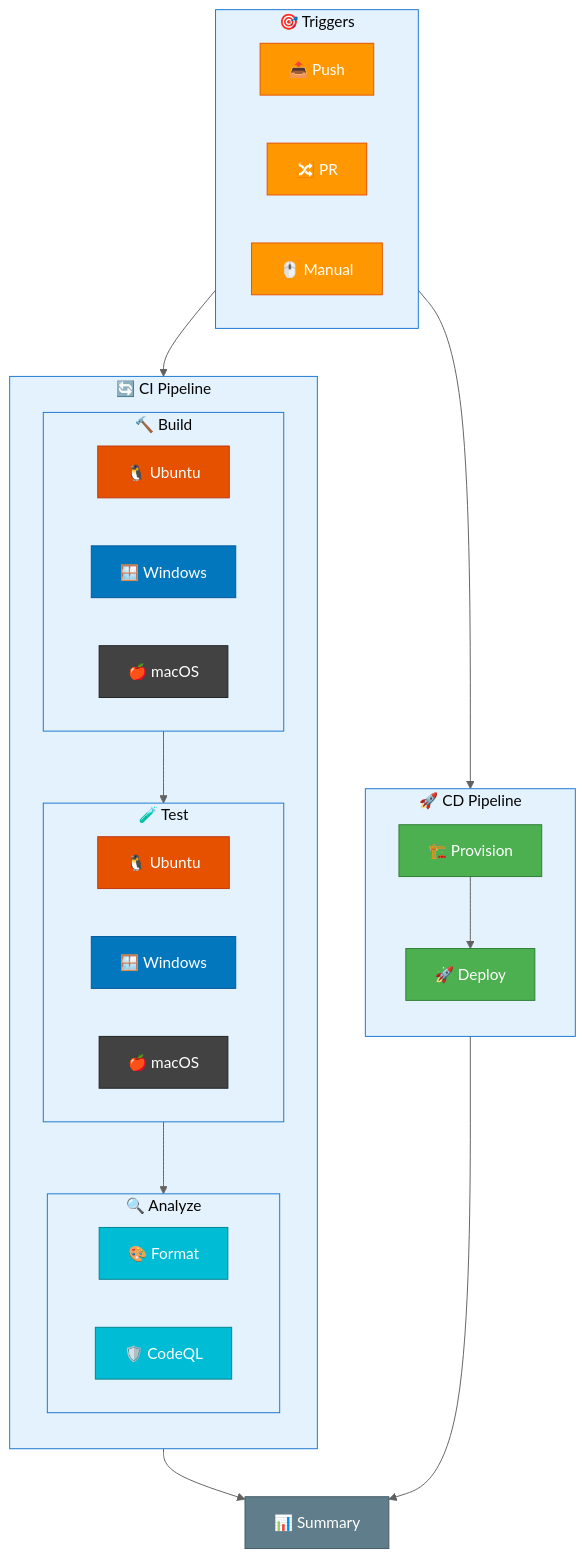
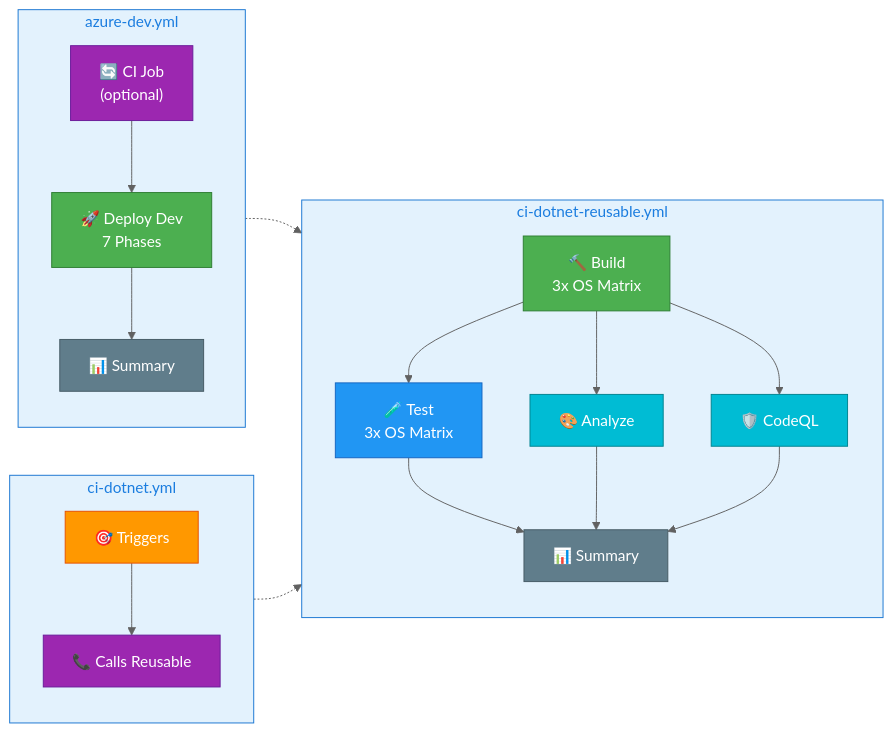
The diagram in docs/workflows/README.md (Evilazaro/Azure-LogicApps-Monitoring), drawn with Mermaid before and after one commit. The commit also changed 3 other files, not shown here.

Commit message:
docs: Update workflow diagrams for CI and CD processes to enhance clarity and detail

````diff
--- a/docs/workflows/README.md
+++ b/docs/workflows/README.md
@@ -40,59 +40,49 @@
 ```mermaid
-%%{init: {'theme': 'base', 'themeVariables': { 'primaryColor': '#1976D2', 'primaryTextColor': '#FFFFFF', 'primaryBorderColor': '#0D47A1', 'lineColor': '#616161', 'secondaryColor': '#E3F2FD', 'tertiaryColor': '#FAFAFA', 'clusterBkg': '#E3F2FD', 'clusterBorder': '#1976D2'}}}%%
-flowchart TB
-    subgraph triggers ["🎯 Triggers"]
-        direction LR
-        push["📤 Push"]
-        pr["🔀 PR"]
-        manual["🖱️ Manual"]
+%%{init: {'theme': 'base', 'themeVariables': { 'primaryColor': '#1976D2', 'primaryTextColor': '#FFFFFF', 'primaryBorderColor': '#0D47A1', 'lineColor': '#616161', 'clusterBkg': '#E3F2FD', 'clusterBorder': '#1976D2'}}}%%
+flowchart LR
+    subgraph CI ["ci-dotnet.yml"]
+        direction TB
+        ci-trigger["🎯 Triggers"]
+        ci-call["📞 Calls Reusable"]
+        ci-trigger --> ci-call
     end
 
-    subgraph ci ["🔄 CI Pipeline"]
+    subgraph REUSABLE ["ci-dotnet-reusable.yml"]
         direction TB
-        subgraph build ["🔨 Build"]
-            direction LR
-            b-ubuntu["🐧 Ubuntu"]
-            b-windows["🪟 Windows"]
-            b-macos["🍎 macOS"]
-        end
-        subgraph test ["🧪 Test"]
-            direction LR
-            t-ubuntu["🐧 Ubuntu"]
-            t-windows["🪟 Windows"]
-            t-macos["🍎 macOS"]
-        end
-        subgraph analyze ["🔍 Analyze"]
-            format["🎨 Format"]
-            codeql["🛡️ CodeQL"]
-        end
+        build["🔨 Build\n3x OS Matrix"]
+        test["🧪 Test\n3x OS Matrix"]
+        analyze["🎨 Analyze"]
+        codeql["🛡️ CodeQL"]
+        ci-summary["📊 Summary"]
+        
+        build --> test
+        build --> analyze
+        build --> codeql
+        test --> ci-summary
+        analyze --> ci-summary
+        codeql --> ci-summary
     end
 
-    subgraph cd ["🚀 CD Pipeline"]
+    subgraph CD ["azure-dev.yml"]
         direction TB
-        provision["🏗️ Provision"]
-        deploy["🚀 Deploy"]
+        cd-ci["🔄 CI Job\n(optional)"]
+        deploy["🚀 Deploy Dev\n7 Phases"]
+        cd-summary["📊 Summary"]
+        
+        cd-ci --> deploy --> cd-summary
     end
 
-    summary["📊 Summary"]
+    ci-call -.-> REUSABLE
+    cd-ci -.-> REUSABLE
 
-    triggers --> ci
-    triggers --> cd
-    build --> test --> analyze
-    ci --> summary
-    provision --> deploy --> summary
-
-    style push fill:#FF9800,stroke:#E65100,color:#fff
-    style pr fill:#FF9800,stroke:#E65100,color:#fff
-    style manual fill:#FF9800,stroke:#E65100,color:#fff
-    style b-ubuntu fill:#E65100,stroke:#BF360C,color:#fff
-    style b-windows fill:#0277BD,stroke:#01579B,color:#fff
-    style b-macos fill:#424242,stroke:#212121,color:#fff
-    style t-ubuntu fill:#E65100,stroke:#BF360C,color:#fff
-    style t-windows fill:#0277BD,stroke:#01579B,color:#fff
-    style t-macos fill:#424242,stroke:#212121,color:#fff
-    style format fill:#00BCD4,stroke:#00838F,color:#fff
+    style ci-trigger fill:#FF9800,stroke:#E65100,color:#fff
+    style ci-call fill:#9C27B0,stroke:#6A1B9A,color:#fff
+    style build fill:#4CAF50,stroke:#2E7D32,color:#fff
+    style test fill:#2196F3,stroke:#1565C0,color:#fff
+    style analyze fill:#00BCD4,stroke:#00838F,color:#fff
     style codeql fill:#00BCD4,stroke:#00838F,color:#fff
-    style provision fill:#4CAF50,stroke:#2E7D32,color:#fff
+    style ci-summary fill:#607D8B,stroke:#455A64,color:#fff
+    style cd-ci fill:#9C27B0,stroke:#6A1B9A,color:#fff
     style deploy fill:#4CAF50,stroke:#2E7D32,color:#fff
-    style summary fill:#607D8B,stroke:#455A64,color:#fff
+    style cd-summary fill:#607D8B,stroke:#455A64,color:#fff
 ```
````
